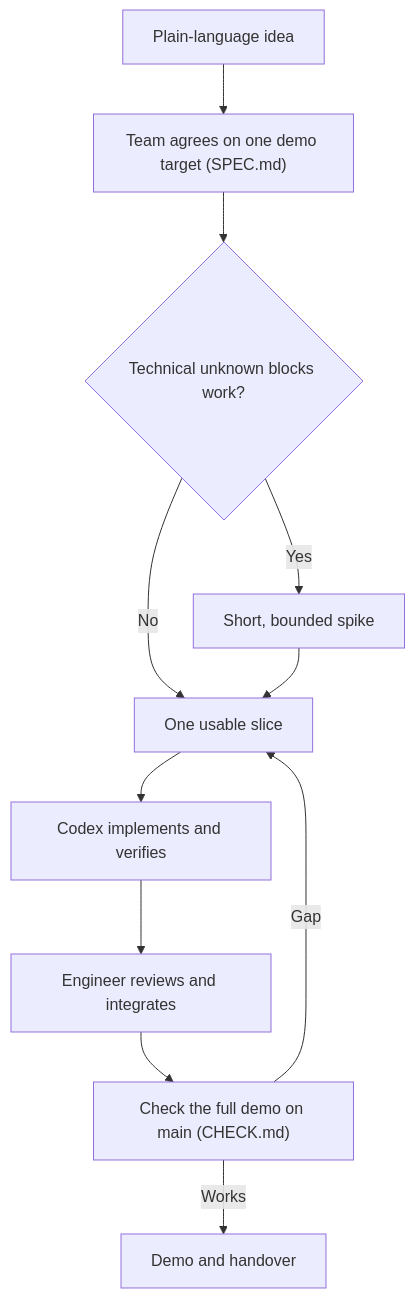
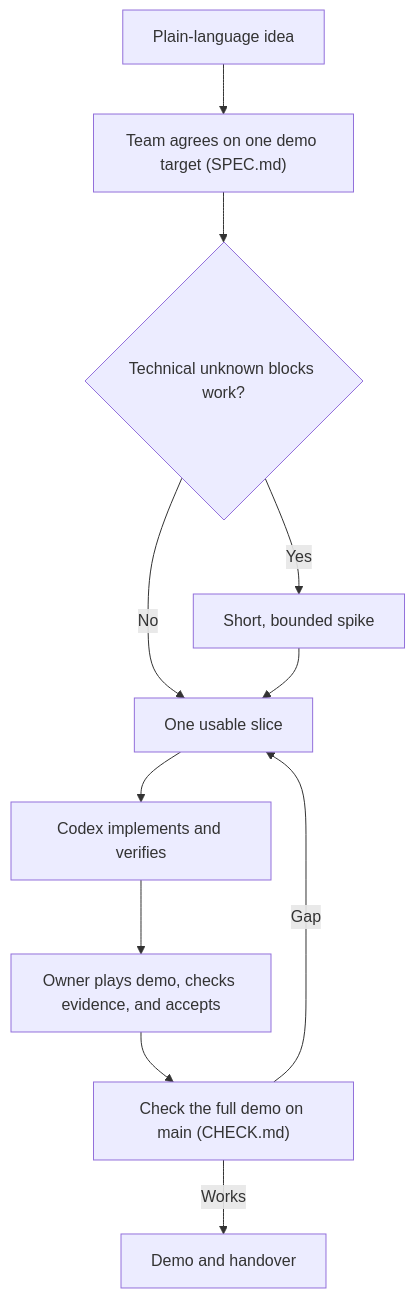
The diagram in README.md (gluckspielsucht-selbsthilfegruppe/just-one-more), drawn with Mermaid before and after one commit. The commit also changed other lines of this file and 12 other files, not shown here.

Commit message:
Add evidence-based agent workflow and verification checks

````diff
--- a/README.md
+++ b/README.md
@@ -13,13 +16,13 @@
 ```mermaid
 flowchart TD
     A["Plain-language idea"] --> B["Team agrees on one demo target (SPEC.md)"]
     B --> C{"Technical unknown blocks work?"}
     C -- Yes --> D["Short, bounded spike"]
     C -- No --> E["One usable slice"]
     D --> E
     E --> F["Codex implements and verifies"]
-    F --> G["Engineer reviews and integrates"]
+    F --> G["Owner plays demo, checks evidence, and accepts"]
     G --> H["Check the full demo on main (CHECK.md)"]
     H -- Gap --> E
     H -- Works --> I["Demo and handover"]
 ```
````
